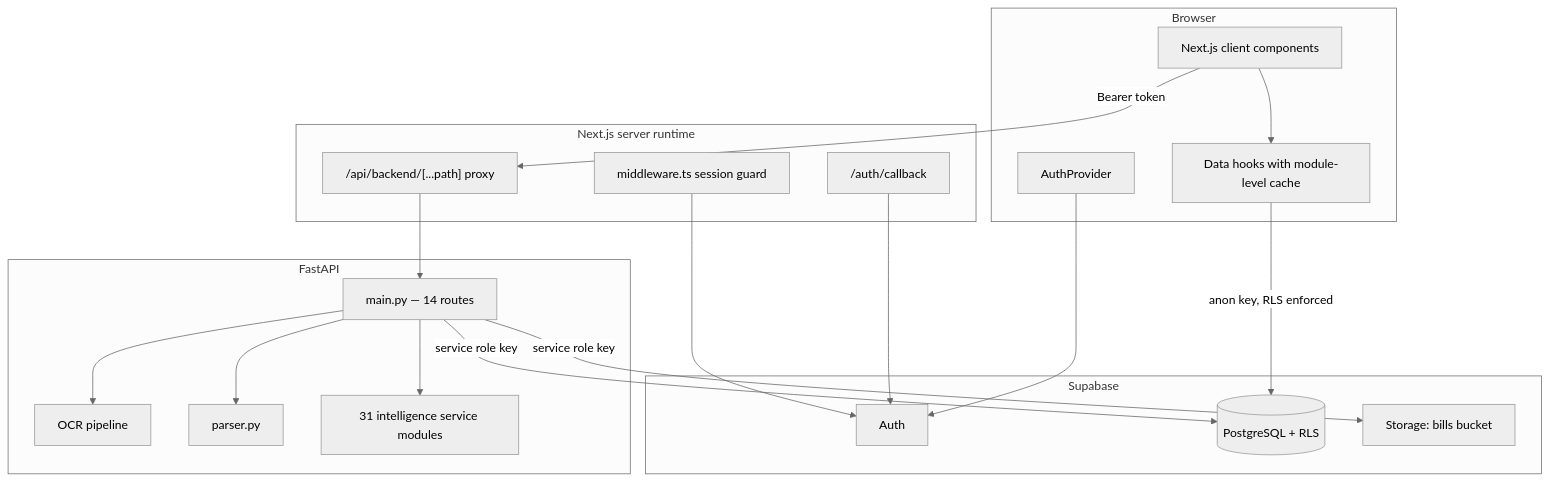
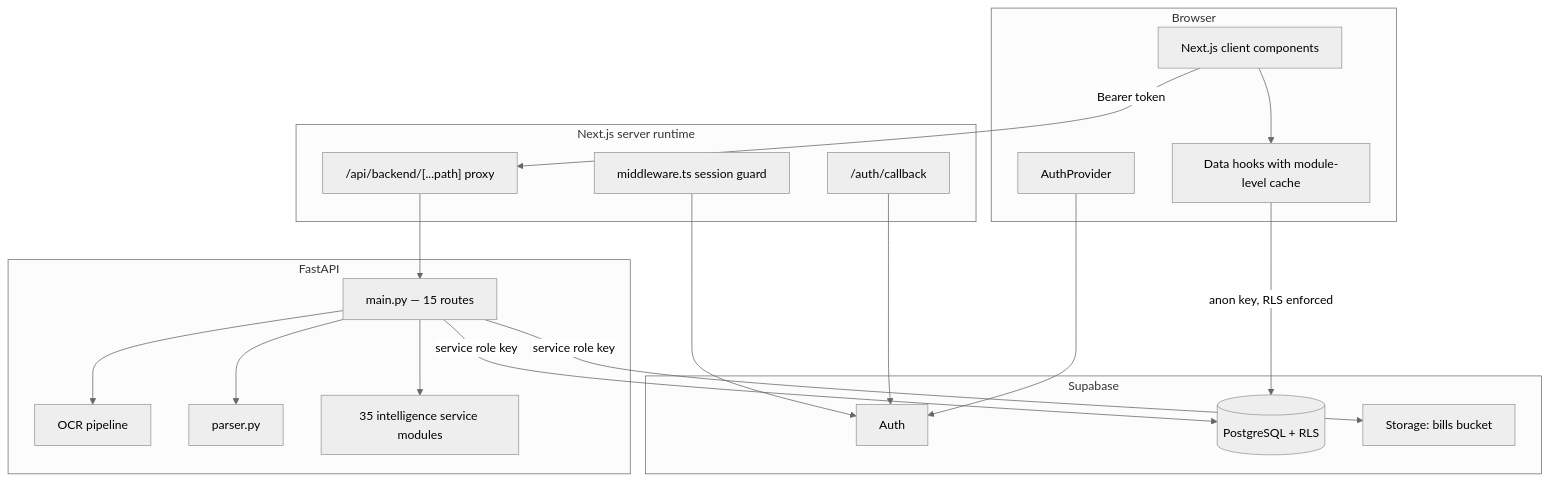
One commit to GANDLA-ARAVIND/WATT-WISE-PROJECT changed the fourth of 7 diagrams in blogs/part-1-building-wattwise.md. Above: the diagram before and after it, drawn with Mermaid (neutral theme). The commit also changed other lines of this file and 6 other files, not shown here.

````diff
--- a/blogs/part-1-building-wattwise.md
+++ b/blogs/part-1-building-wattwise.md
@@ -220,40 +220,40 @@
 ```mermaid
 graph TB
   subgraph Browser
     UI["Next.js client components"]
     HOOKS["Data hooks with module-level cache"]
     AUTH["AuthProvider"]
   end
 
   subgraph NextRuntime["Next.js server runtime"]
     MW["middleware.ts session guard"]
     PROXY["/api/backend/[...path] proxy"]
     CB["/auth/callback"]
   end
 
   subgraph FastAPI
-    ROUTES["main.py — 14 routes"]
+    ROUTES["main.py — 15 routes"]
     OCRP["OCR pipeline"]
     PARSER["parser.py"]
-    SERVICES["31 intelligence service modules"]
+    SERVICES["35 intelligence service modules"]
   end
 
   subgraph Supabase
     SBAUTH["Auth"]
     PG[("PostgreSQL + RLS")]
     STORAGE["Storage: bills bucket"]
   end
 
   UI --> HOOKS
   HOOKS -->|"anon key, RLS enforced"| PG
   UI -->|"Bearer token"| PROXY
   PROXY --> ROUTES
   ROUTES --> OCRP
   ROUTES --> PARSER
   ROUTES --> SERVICES
   ROUTES -->|"service role key"| PG
   ROUTES -->|"service role key"| STORAGE
   AUTH --> SBAUTH
   CB --> SBAUTH
   MW --> SBAUTH
 ```
````
